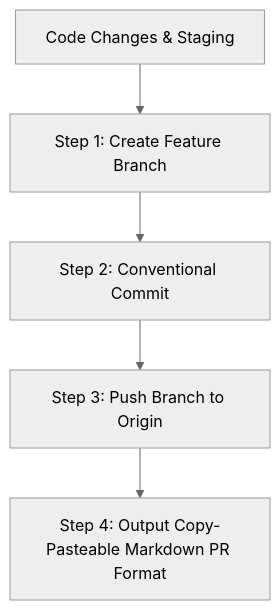
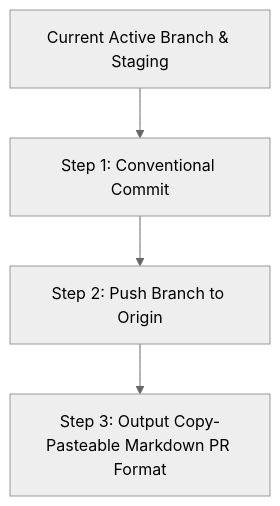
Before and after one commit to GMD-Repository/gemma-plugin: the diagram in .agents/skills/github-pr-generator/SKILL.md, drawn with Mermaid (neutral theme). The commit also changed other lines of this file, not shown here.

Commit message:
docs(skills): simplify github-pr-generator skill to run on active branch without creating new branch

````diff
--- a/.agents/skills/github-pr-generator/SKILL.md
+++ b/.agents/skills/github-pr-generator/SKILL.md
@@ -24,7 +24,6 @@
 ```mermaid
 graph TD
-    A[Code Changes & Staging] --> B[Step 1: Create Feature Branch]
-    B --> C[Step 2: Conventional Commit]
-    C --> D[Step 3: Push Branch to Origin]
-    D --> E[Step 4: Output Copy-Pasteable Markdown PR Format]
+    A[Current Active Branch & Staging] --> B[Step 1: Conventional Commit]
+    B --> C[Step 2: Push Branch to Origin]
+    C --> D[Step 3: Output Copy-Pasteable Markdown PR Format]
 ```
````
